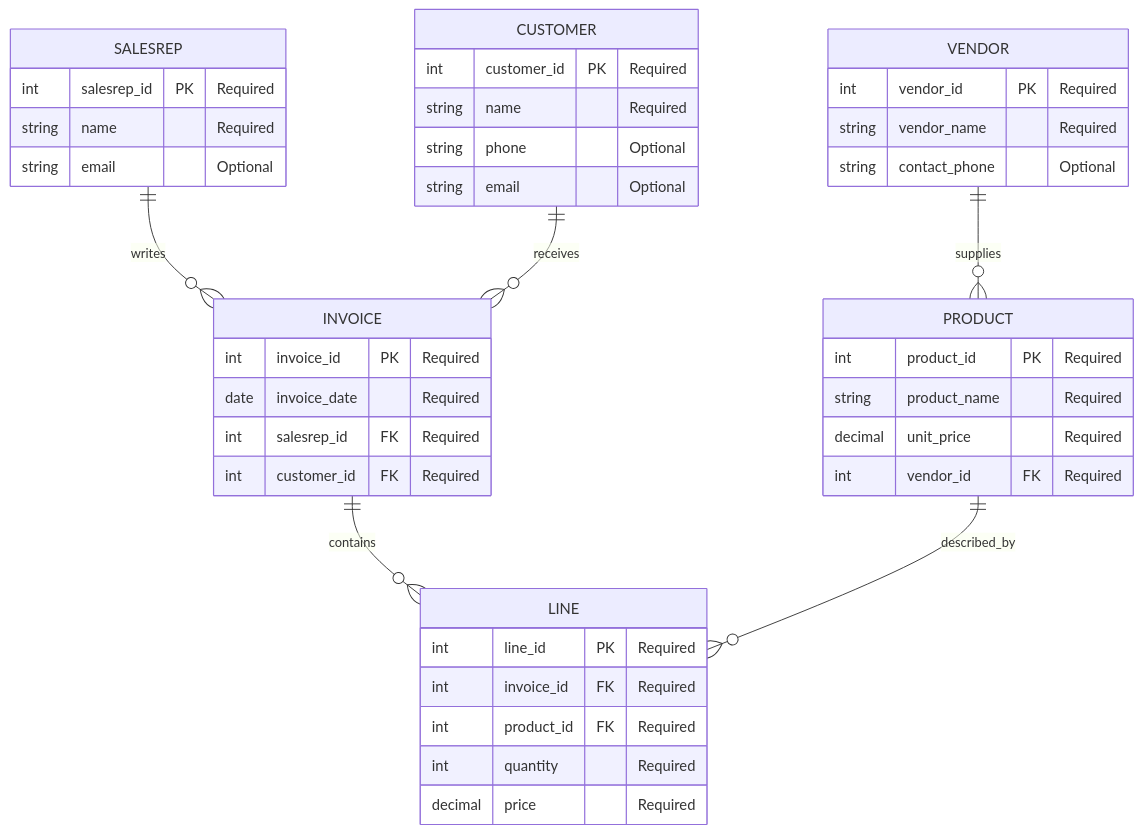
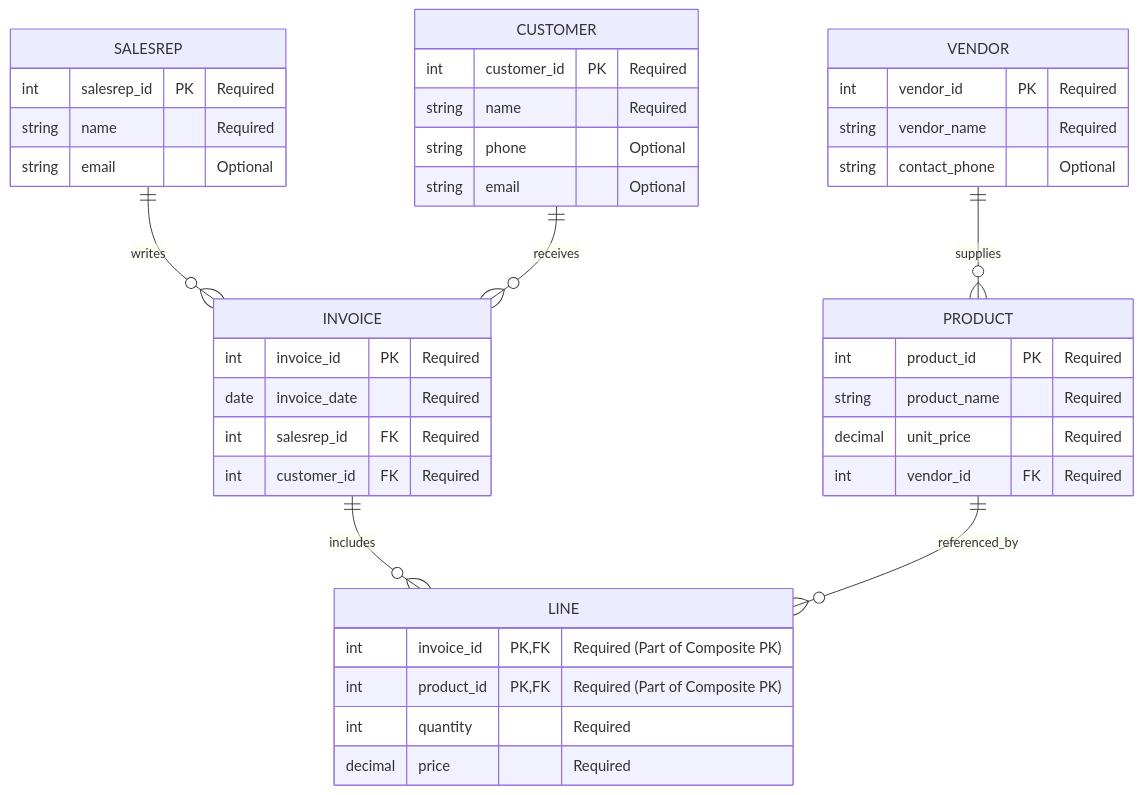
One commit to mszeihen/DatabaseProject-5725 changed the diagram in ERDiagram_Assignment.qmd. Above: the diagram before and after it, drawn with Mermaid. The commit also changed other lines of this file, not shown here.

````diff
--- a/ERDiagram_Assignment.qmd
+++ b/ERDiagram_Assignment.qmd
@@ -7,49 +8,48 @@
 ```{mermaid}
 erDiagram
     SALESREP ||--o{ INVOICE : writes
     CUSTOMER ||--o{ INVOICE : receives
-    INVOICE ||--o{ LINE : contains
-    PRODUCT ||--o{ LINE : described_by
+    INVOICE ||--o{ LINE : includes
+    PRODUCT ||--o{ LINE : referenced_by
     VENDOR ||--o{ PRODUCT : supplies
 
     SALESREP {
         int salesrep_id PK "Required"
         string name "Required"
         string email "Optional"
     }
 
     CUSTOMER {
         int customer_id PK "Required"
         string name "Required"
         string phone "Optional"
         string email "Optional"
     }
 
     INVOICE {
         int invoice_id PK "Required"
         date invoice_date "Required"
         int salesrep_id FK "Required"
         int customer_id FK "Required"
     }
 
     LINE {
-        int line_id PK "Required"
-        int invoice_id FK "Required"
-        int product_id FK "Required"
+        int invoice_id PK, FK "Required (Part of Composite PK)"
+        int product_id PK, FK "Required (Part of Composite PK)"
         int quantity "Required"
         decimal price "Required"
     }
 
     PRODUCT {
         int product_id PK "Required"
         string product_name "Required"
         decimal unit_price "Required"
         int vendor_id FK "Required"
     }
 
     VENDOR {
         int vendor_id PK "Required"
         string vendor_name "Required"
         string contact_phone "Optional"
     }
 ```
````
